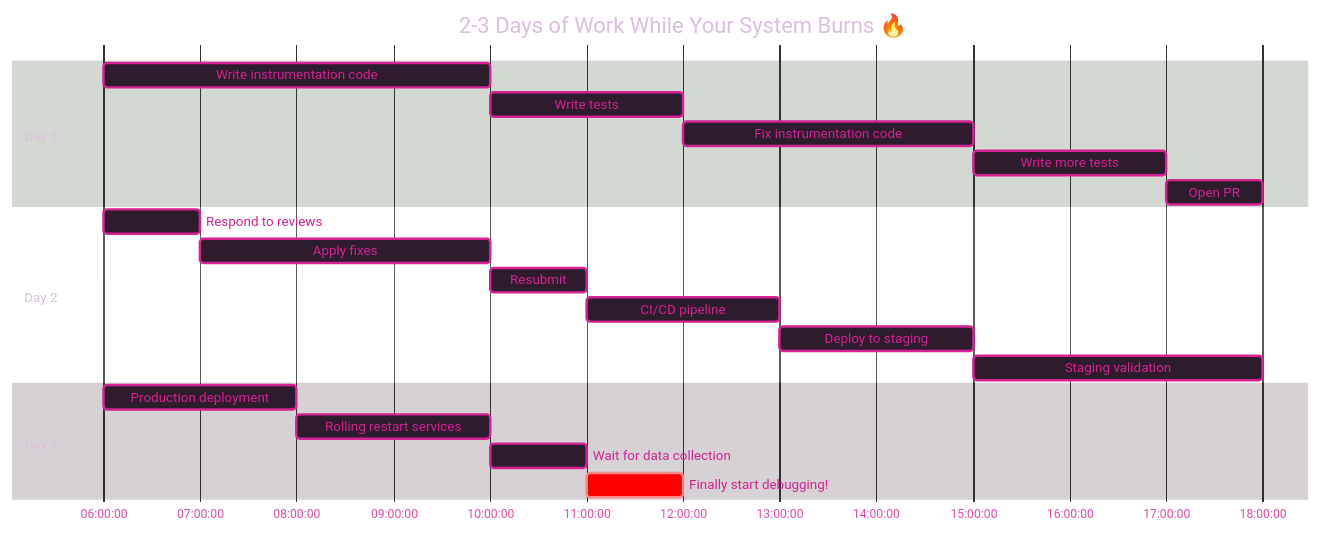
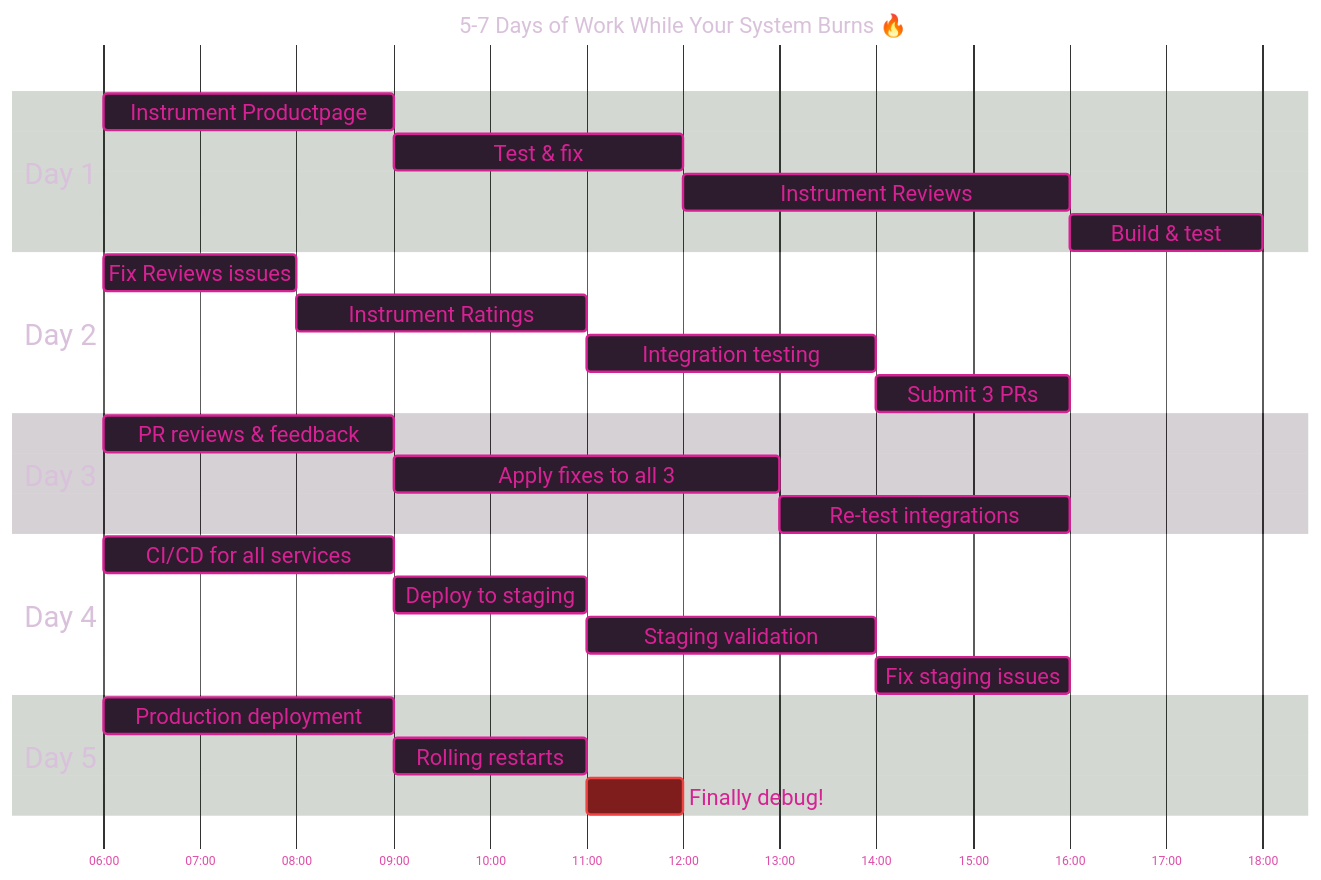
The first of 3 diagrams in presentation/slides.md (MrAlias/kubecon-na-2025), drawn with Mermaid before and after one commit. The commit also changed other lines of this file and 1 other file, not shown here.

Commit message:
Iterate slide 4 timelines

````diff
--- a/presentation/slides.md
+++ b/presentation/slides.md
@@ -129,29 +129,58 @@
 ```mermaid
-%%{init: {'theme':'base', 'themeVariables': { 'primaryColor':'#2d1b2e','primaryTextColor':'#D62293','primaryBorderColor':'#D62293','lineColor':'#D62293'}}}%%
+---
+title: 5-7 Days of Work While Your System Burns 🔥
+config:
+  theme: base
+  themeVariables:
+    primaryColor: "#2d1b2e"
+    primaryTextColor: "#D62293"
+    primaryBorderColor: "#D62293"
+    lineColor: "#D62293"
+    critBkgColor: "#7f1d1d"
+    critBorderColor: "#ef4444"
+    activeTaskBkgColor: "#4a1e3a"
+    activeTaskBorderColor: "#D62293"
+  gantt:
+    titleTopMargin: 25
+    barHeight: 30
+    barGap: 3
+    topPadding: 75
+    rightPadding: 75
+    leftPadding: 75
+    gridLineStartPadding: 10
+    fontSize: 18
+    sectionFontSize: 24
+---
 gantt
-    title 2-3 Days of Work While Your System Burns 🔥
     todayMarker off
     dateFormat HH:mm
-    axisFormat %H:%M:%S
-    
+    axisFormat %H:%M
+
     section Day 1
-    Write instrumentation code           :a1, 06:00, 4h
-    Write tests                          :a2, after a1, 2h
-    Fix instrumentation code             :a3, after a2, 3h
-    Write more tests                     :a4, after a3, 2h
-    Open PR                              :a5, after a4, 1h
-    
+    Instrument Productpage               :a1, 06:00, 3h
+    Test & fix                           :a2, after a1, 3h
+    Instrument Reviews                   :a3, after a2, 4h
+    Build & test                         :a4, after a3, 2h
+
     section Day 2
-    Respond to reviews                   :b1, 06:00, 1h
-    Apply fixes                          :b2, after b1, 3h
-    Resubmit                             :b3, after b2, 1h
-    CI/CD pipeline                       :b4, after b3, 2h
-    Deploy to staging                    :b5, after b4, 2h
-    Staging validation                   :b6, after b5, 3h
-    
+    Fix Reviews issues                   :b1, 06:00, 2h
+    Instrument Ratings                   :b2, after b1, 3h
+    Integration testing                  :b3, after b2, 3h
+    Submit 3 PRs                         :b4, after b3, 2h
+
     section Day 3
-    Production deployment                :c1, 06:00, 2h
-    Rolling restart services             :c2, after c1, 2h
-    Wait for data collection             :c3, after c2, 1h
-    Finally start debugging!             :crit, c4, after c3, 1h
+    PR reviews & feedback                :c1, 06:00, 3h
+    Apply fixes to all 3                 :c2, after c1, 4h
+    Re-test integrations                 :c3, after c2, 3h
+
+    section Day 4
+    CI/CD for all services               :d1, 06:00, 3h
+    Deploy to staging                    :d2, after d1, 2h
+    Staging validation                   :d3, after d2, 3h
+    Fix staging issues                   :d4, after d3, 2h
+
+    section Day 5
+    Production deployment                :e1, 06:00, 3h
+    Rolling restarts                     :e2, after e1, 2h
+    Finally debug!                       :crit, e3, after e2, 1h
 ```
````
